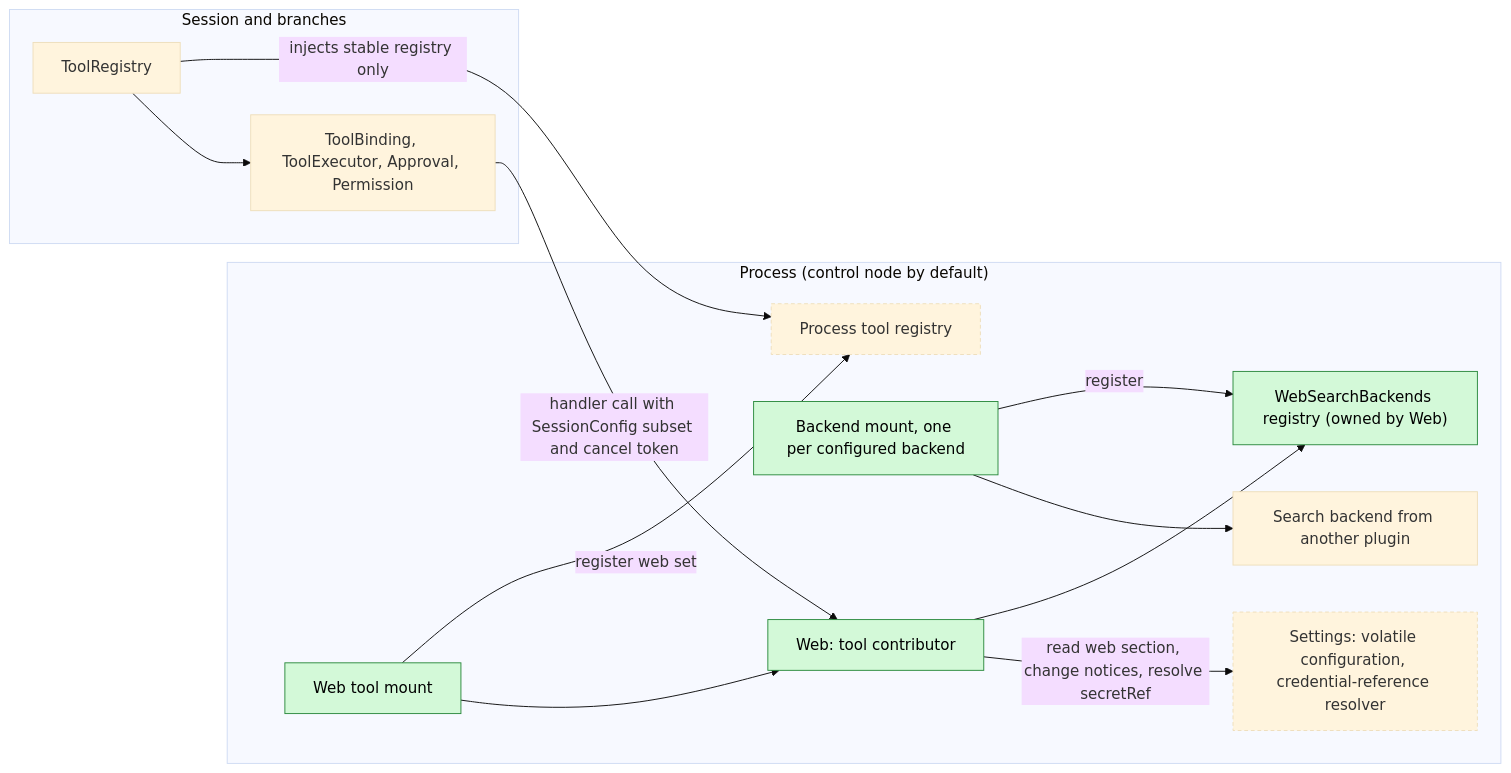
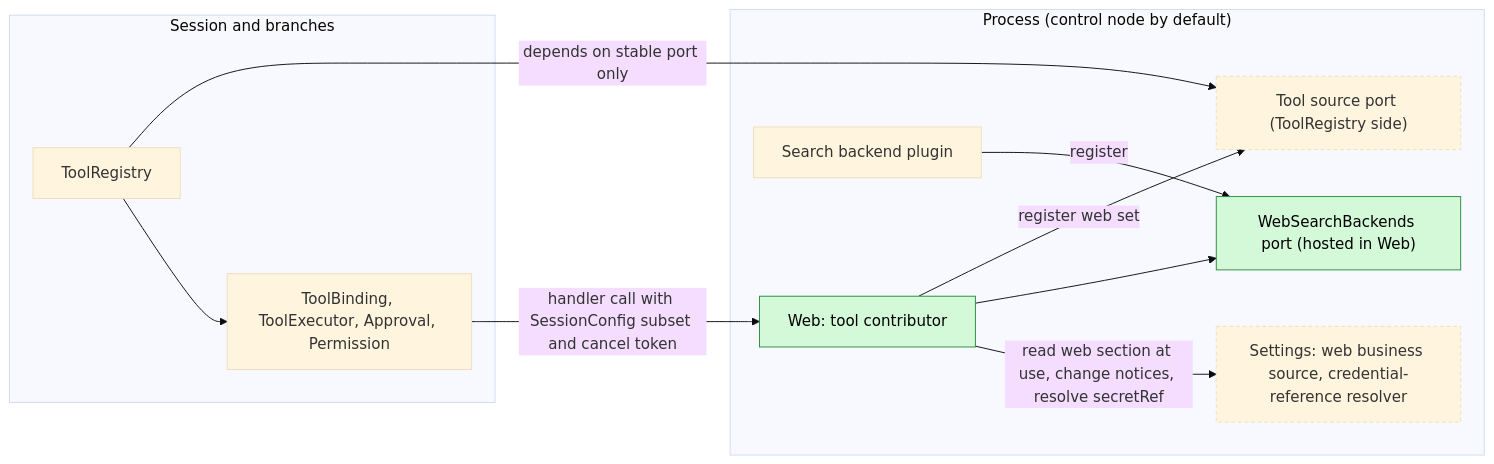
One commit to CoutinhoTTS/dim-agent changed the first of 6 diagrams in docs/design/plugins/Web.md. Above: the diagram before and after it, drawn with Mermaid (base theme). The commit also changed other lines of this file and 3 other files, not shown here.

````diff
--- a/docs/design/plugins/Web.md
+++ b/docs/design/plugins/Web.md
@@ -9,27 +9,23 @@
 ```mermaid
 flowchart LR
   subgraph PROC["Process (control node by default)"]
     Web["Web: tool contributor"]:::new
-    WSB["WebSearchBackends registry (owned by Web)"]:::new
-    WebMount["Web tool mount"]:::new
-    BMount["Backend mount, one per configured backend"]:::new
-    Backend["Search backend from another plugin"]
-    PTR["Process tool registry"]:::contract
-    Settings["Settings: volatile configuration, credential-reference resolver"]:::contract
+    WSB["WebSearchBackends port (hosted in Web)"]:::new
+    Backend["Search backend plugin"]
+    PTR["Tool source port (ToolRegistry side)"]:::contract
+    Settings["Settings: web business source, credential-reference resolver"]:::contract
   end
   subgraph SESS["Session and branches"]
     ToolRegistry["ToolRegistry"]
     Exec["ToolBinding, ToolExecutor, Approval, Permission"]
   end
-  WebMount -->|"register web set"| PTR
-  WebMount --> Web
+  Web -->|"register web set"| PTR
   Web --> WSB
-  BMount -->|"register"| WSB
-  BMount --> Backend
-  Web -->|"read web section, change notices, resolve secretRef"| Settings
-  ToolRegistry -->|"injects stable registry only"| PTR
+  Backend -->|"register"| WSB
+  Web -->|"read web section at use, change notices, resolve secretRef"| Settings
+  ToolRegistry -->|"depends on stable port only"| PTR
   ToolRegistry --> Exec
   Exec -->|"handler call with SessionConfig subset and cancel token"| Web
   classDef new fill:#d3f9d8,stroke:#2b8a3e,color:#000
   classDef contract stroke-dasharray:4 3
 ```
````
